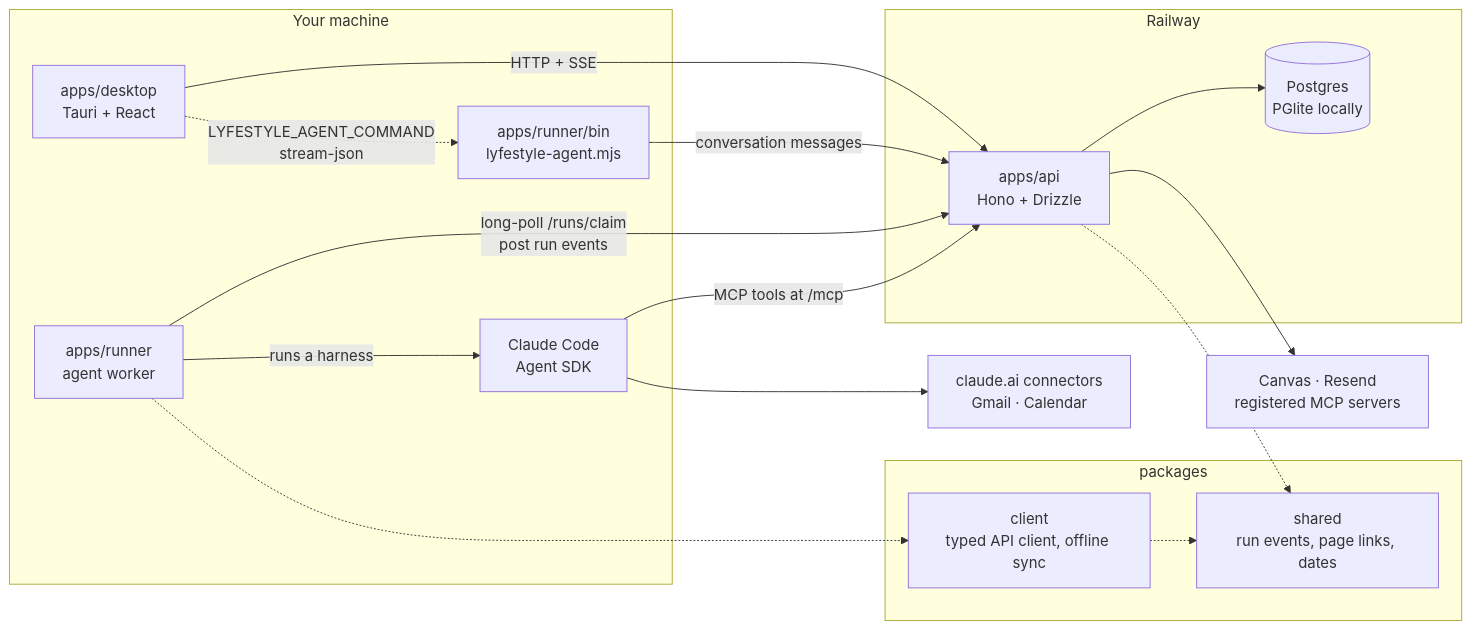
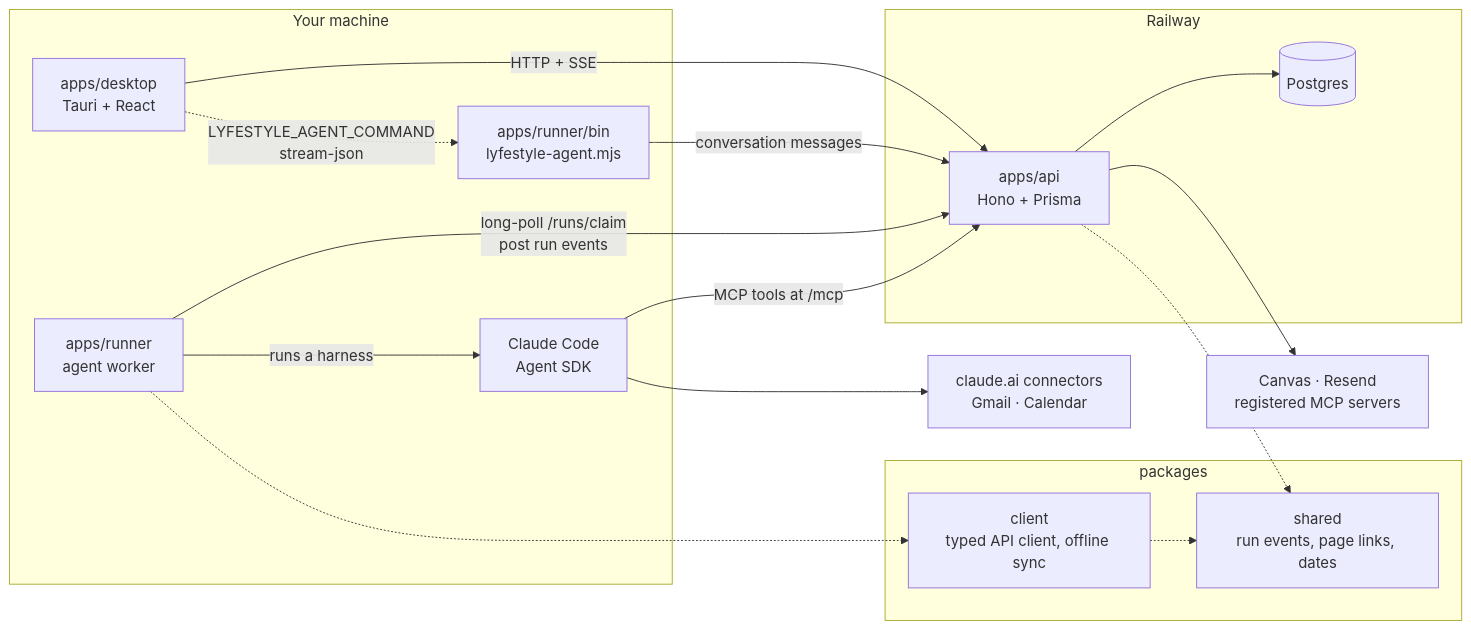
One commit to RayHCai/lyfestyle changed the diagram in README.md. Above: the diagram before and after it, drawn with Mermaid. The commit also changed 11 other files, not shown here.

Commit message:
docs(docs): document Prisma, automations and Postgres-only decisions

````diff
--- a/README.md
+++ b/README.md
@@ -5,36 +5,36 @@
 ```mermaid
 flowchart LR
     subgraph machine["Your machine"]
         desktop["apps/desktop<br/>Tauri + React"]
         bridge["apps/runner/bin<br/>lyfestyle-agent.mjs"]
         runner["apps/runner<br/>agent worker"]
         claude["Claude Code<br/>Agent SDK"]
     end
 
     subgraph railway["Railway"]
-        api["apps/api<br/>Hono + Drizzle"]
-        db[("Postgres<br/>PGlite locally")]
+        api["apps/api<br/>Hono + Prisma"]
+        db[("Postgres")]
     end
 
     ext["Canvas · Resend<br/>registered MCP servers"]
     connectors["claude.ai connectors<br/>Gmail · Calendar"]
 
     subgraph pkgs["packages"]
         client["client<br/>typed API client, offline sync"]
         shared["shared<br/>run events, page links, dates"]
     end
 
     desktop -- "HTTP + SSE" --> api
     desktop -. "LYFESTYLE_AGENT_COMMAND<br/>stream-json" .-> bridge
     bridge -- "conversation messages" --> api
     runner -- "long-poll /runs/claim<br/>post run events" --> api
     runner -- "runs a harness" --> claude
     claude -- "MCP tools at /mcp" --> api
     claude --> connectors
     api --> db
     api --> ext
 
     runner -.-> client
     client -.-> shared
     api -.-> shared
 ```
````
